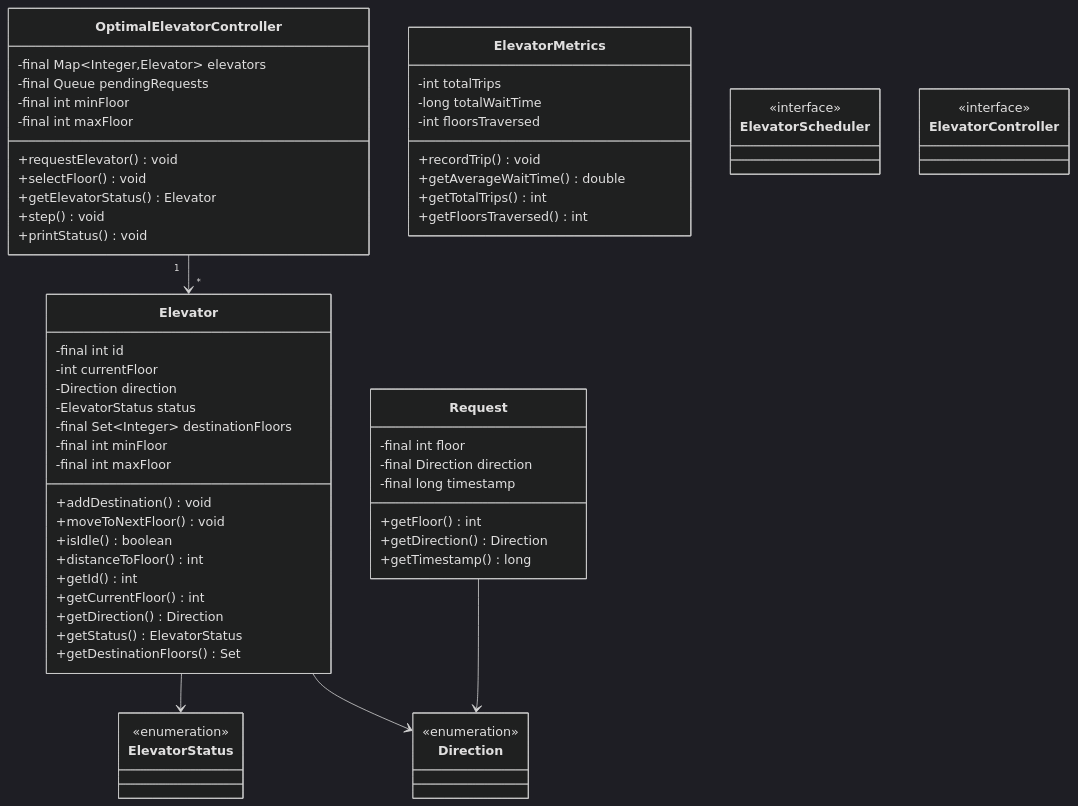
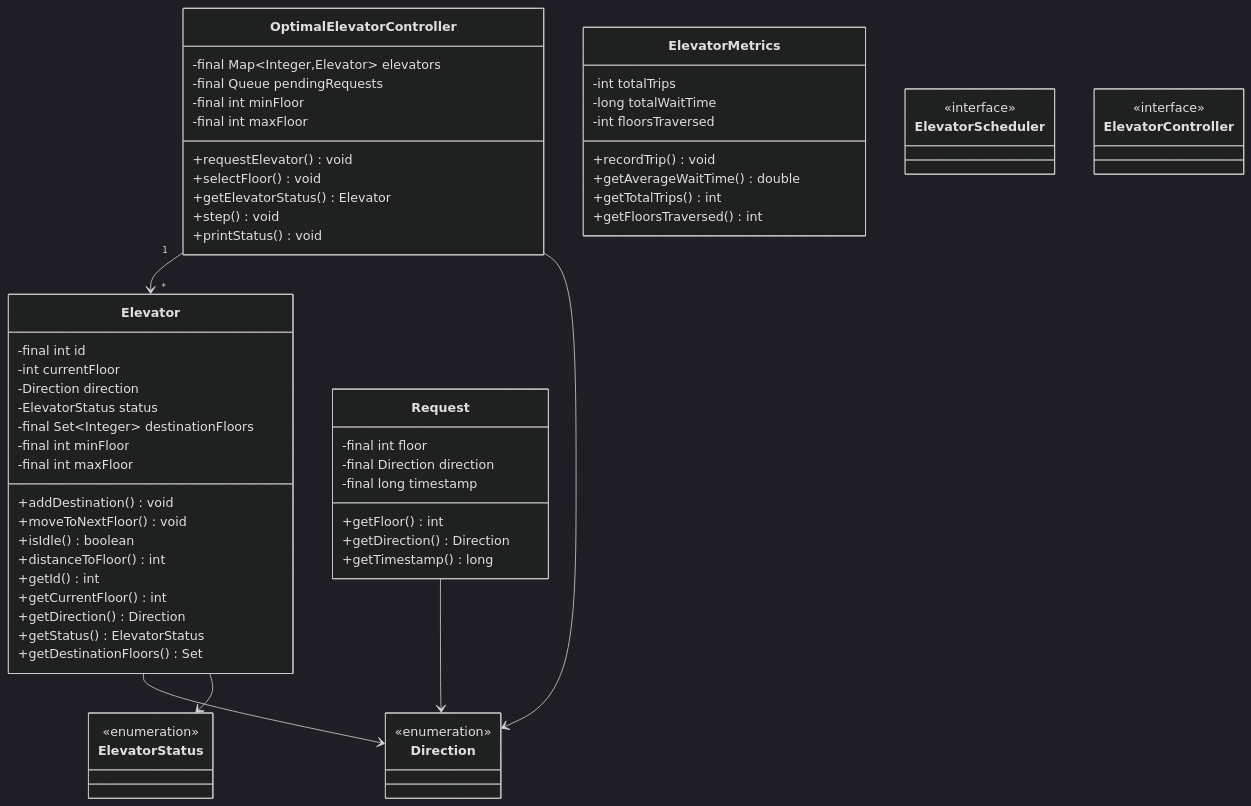
One commit to dlkr18/lld-playbook changed the diagram in docs/problems/elevator/README.md. Above: the diagram before and after it, drawn with Mermaid (dark theme). The commit also changed 113 other files, not shown here.

````diff
--- a/docs/problems/elevator/README.md
+++ b/docs/problems/elevator/README.md
@@ -422,70 +422,71 @@
 ```mermaid
 classDiagram
 
     class OptimalElevatorController {
         -final Map~Integer,Elevator~ elevators
         -final Queue<Request> pendingRequests
         -final int minFloor
         -final int maxFloor
         +requestElevator() void
         +selectFloor() void
         +getElevatorStatus() Elevator
         +step() void
         +printStatus() void
     }
 
     class ElevatorMetrics {
         -int totalTrips
         -long totalWaitTime
         -int floorsTraversed
         +recordTrip() void
         +getAverageWaitTime() double
         +getTotalTrips() int
         +getFloorsTraversed() int
     }
 
     class ElevatorScheduler
     <<interface>> ElevatorScheduler
 
     class Elevator {
         -final int id
         -int currentFloor
         -Direction direction
         -ElevatorStatus status
         -final Set~Integer~ destinationFloors
         -final int minFloor
         -final int maxFloor
         +addDestination() void
         +moveToNextFloor() void
         +isIdle() boolean
         +distanceToFloor() int
         +getId() int
         +getCurrentFloor() int
         +getDirection() Direction
         +getStatus() ElevatorStatus
         +getDestinationFloors() Set<Integer>
     }
 
     class ElevatorStatus
     <<enumeration>> ElevatorStatus
 
     class Direction
     <<enumeration>> Direction
 
     class Request {
         -final int floor
         -final Direction direction
         -final long timestamp
         +getFloor() int
         +getDirection() Direction
         +getTimestamp() long
     }
 
     class ElevatorController
     <<interface>> ElevatorController
 
-    OptimalElevatorController "1" --> "*" Elevator
     Elevator --> Direction
     Elevator --> ElevatorStatus
     Request --> Direction
+    OptimalElevatorController "1" --> "*" Elevator
+    OptimalElevatorController --> Direction
 ```
````
